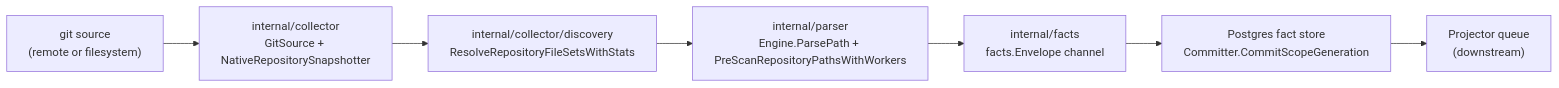
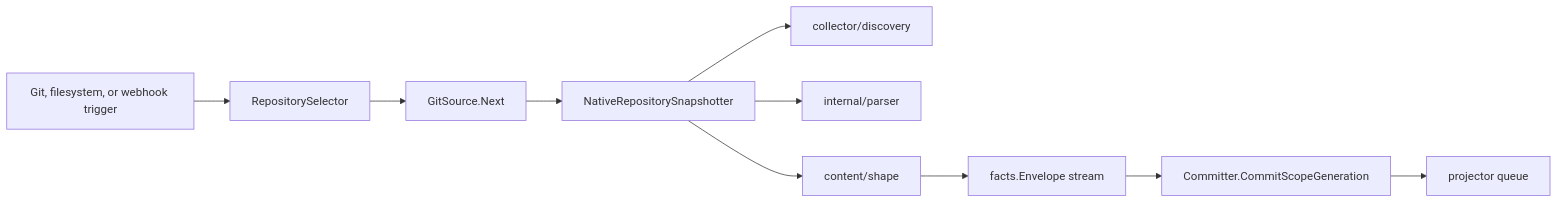
One commit to eshu-hq/eshu changed the diagram in go/internal/collector/README.md. Above: the diagram before and after it, drawn with Mermaid. The commit also changed other lines of this file and 584 other files, not shown here.

Commit message:
Rework documentation information architecture

````diff
--- a/go/internal/collector/README.md
+++ b/go/internal/collector/README.md
@@ -15,9 +10,12 @@
 ```mermaid
 flowchart LR
-  A["git source\n(remote or filesystem)"] --> B["internal/collector\nGitSource + NativeRepositorySnapshotter"]
-  B --> C["internal/collector/discovery\nResolveRepositoryFileSetsWithStats"]
-  C --> D["internal/parser\nEngine.ParsePath + PreScanRepositoryPathsWithWorkers"]
-  D --> E["internal/facts\nfacts.Envelope channel"]
-  E --> F["Postgres fact store\nCommitter.CommitScopeGeneration"]
-  F --> G["Projector queue\n(downstream)"]
+  Source["Git, filesystem, or webhook trigger"] --> Selector["RepositorySelector"]
+  Selector --> GitSource["GitSource.Next"]
+  GitSource --> Snapshot["NativeRepositorySnapshotter"]
+  Snapshot --> Discovery["collector/discovery"]
+  Snapshot --> Parser["internal/parser"]
+  Snapshot --> Shape["content/shape"]
+  Shape --> Facts["facts.Envelope stream"]
+  Facts --> Commit["Committer.CommitScopeGeneration"]
+  Commit --> Projector["projector queue"]
 ```
````
